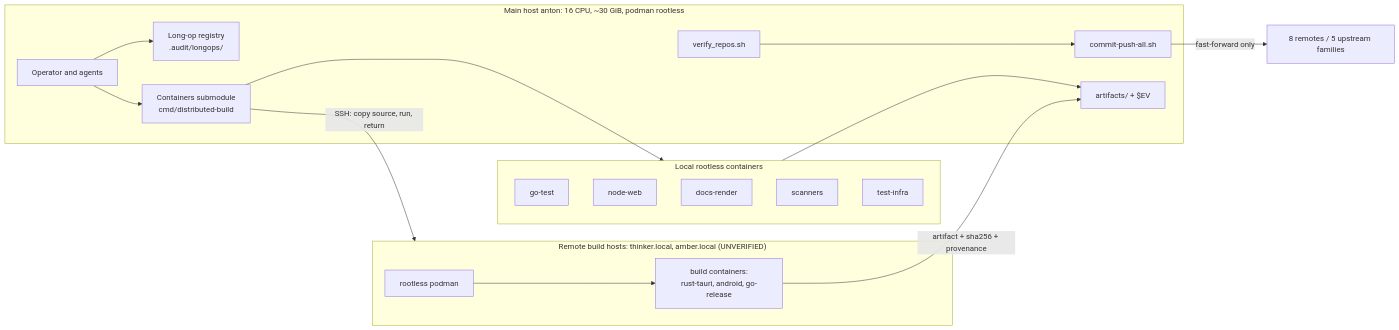
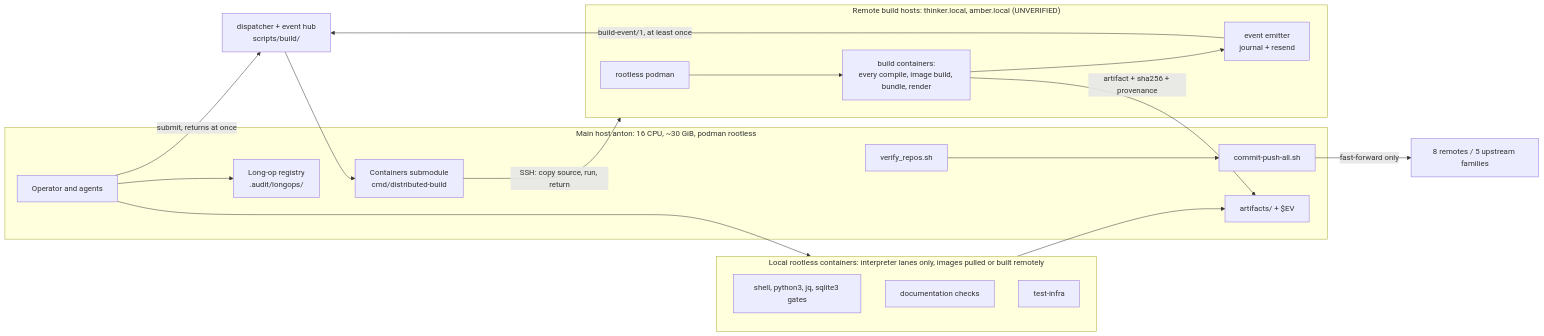
The first of 5 diagrams in specs/001-full-project-audit-remediation/docs/16-containerized-infrastructure-and-local-enforcement-plan.md (vasic-digital/catalogizer), drawn with Mermaid before and after one commit. The commit also changed other lines of this file and 21 other files, not shown here.

````diff
--- a/specs/001-full-project-audit-remediation/docs/16-containerized-infrastructure-and-local-enforcement-plan.md
+++ b/specs/001-full-project-audit-remediation/docs/16-containerized-infrastructure-and-local-enforcement-plan.md
@@ -150,31 +150,33 @@
 ```mermaid
 flowchart LR
   subgraph MainHost["Main host anton: 16 CPU, ~30 GiB, podman rootless"]
     Dev["Operator and agents"]
     Reg["Long-op registry\n.audit/longops/"]
     Verify["verify_repos.sh"]
     Push["commit-push-all.sh"]
     Art["artifacts/ + $EV"]
     CS["Containers submodule\ncmd/distributed-build"]
   end
-  subgraph Local["Local rootless containers"]
-    GoC["go-test"]
-    WebC["node-web"]
-    DocC["docs-render"]
-    ScanC["scanners"]
+  subgraph Local["Local rootless containers: interpreter lanes only, images pulled or built remotely"]
+    ShC["shell, python3, jq, sqlite3 gates"]
+    DocC["documentation checks"]
     InfraC["test-infra"]
   end
   subgraph Remote["Remote build hosts: thinker.local, amber.local (UNVERIFIED)"]
     RB["rootless podman"]
-    BC["build containers:\nrust-tauri, android, go-release"]
+    BC["build containers:\nevery compile, image build, bundle, render"]
+    EM["event emitter\njournal + resend"]
   end
   Dev --> Reg
-  Dev --> CS
-  CS --> Local
+  Dev -->|"submit, returns at once"| Disp["dispatcher + event hub\nscripts/build/"]
+  Disp --> CS
+  Dev --> Local
   CS -->|"SSH: copy source, run, return"| Remote
   RB --> BC
+  BC --> EM
+  EM -->|"build-event/1, at least once"| Disp
   BC -->|"artifact + sha256 + provenance"| Art
   Local --> Art
   Verify --> Push
   Push -->|"fast-forward only"| Ups["8 remotes / 5 upstream families"]
 ```
````
